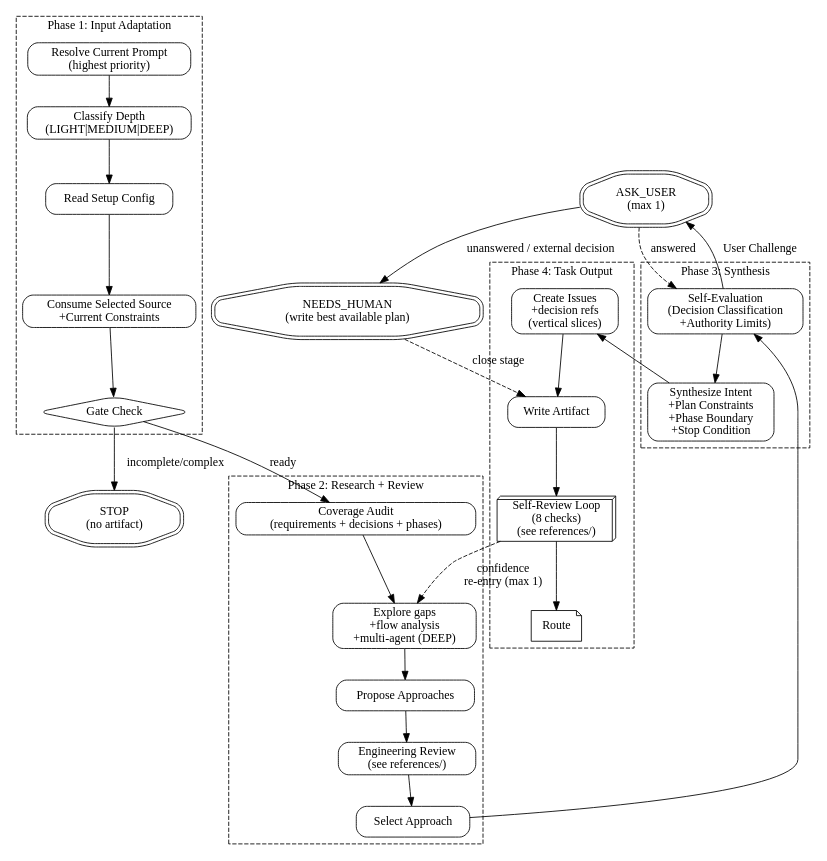
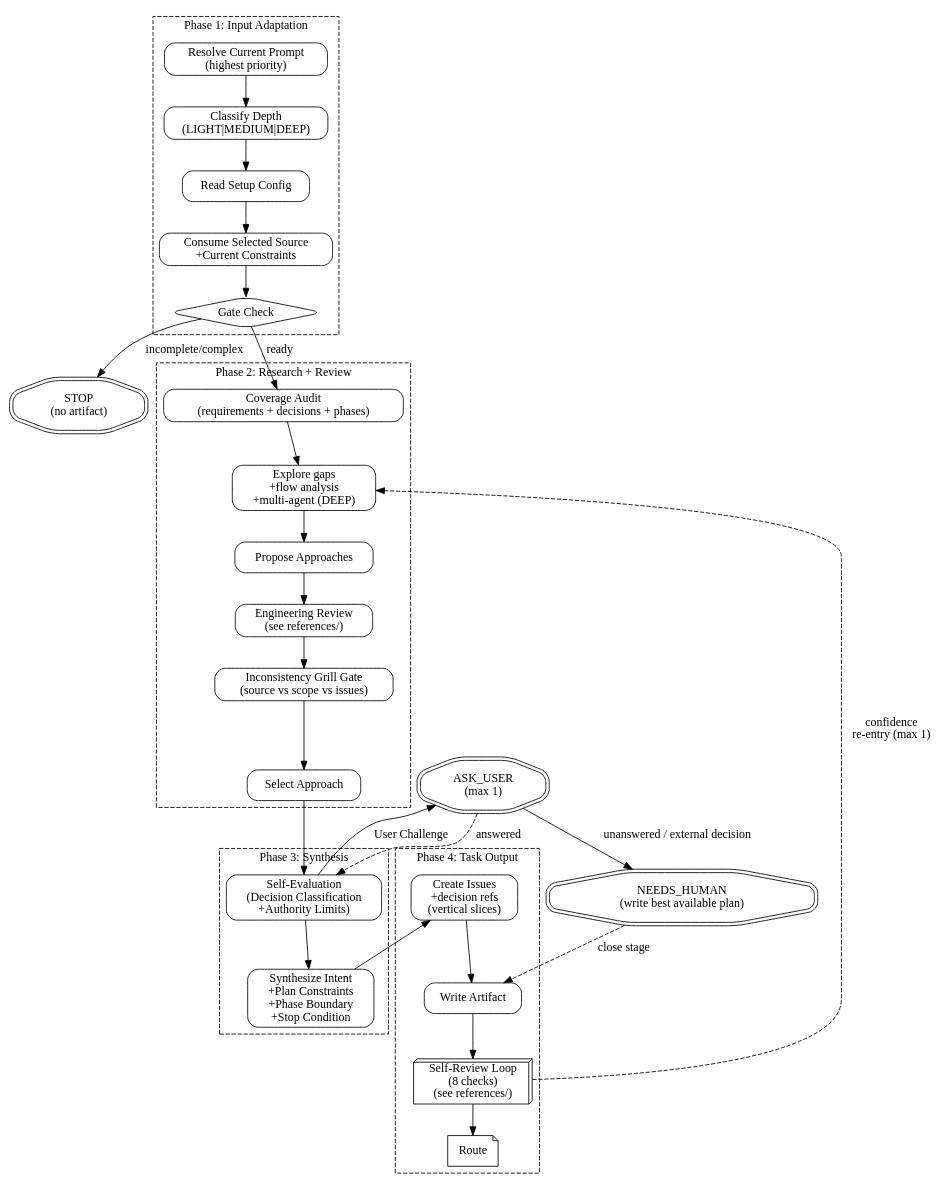
The diagram in skills/pge-plan/SKILL.md (feng-y/pge), drawn with Graphviz before and after one commit. The commit also changed other lines of this file and 7 other files, not shown here.

````diff
--- a/skills/pge-plan/SKILL.md
+++ b/skills/pge-plan/SKILL.md
@@ -50,63 +53,64 @@
 ```dot
 digraph pge_plan {
   rankdir=TB;
   node [shape=box, style=rounded];
 
   subgraph cluster_phase1 {
     label="Phase 1: Input Adaptation";
     style=dashed;
     resolve_input [label="Resolve Current Prompt\n(highest priority)"];
     classify_depth [label="Classify Depth\n(LIGHT|MEDIUM|DEEP)"];
     read_config [label="Read Setup Config"];
     consume_upstream [label="Consume Selected Source\n+Current Constraints"];
     gate_check [label="Gate Check", shape=diamond];
     resolve_input -> classify_depth -> read_config -> consume_upstream -> gate_check;
   }
 
   gate_stop [label="STOP\n(no artifact)", shape=doubleoctagon];
   gate_check -> gate_stop [label="incomplete/complex"];
 
   subgraph cluster_phase2 {
     label="Phase 2: Research + Review";
     style=dashed;
     coverage_audit [label="Coverage Audit\n(requirements + decisions + phases)"];
     explore [label="Explore gaps\n+flow analysis\n+multi-agent (DEEP)"];
     propose [label="Propose Approaches"];
     eng_review [label="Engineering Review\n(see references/)"];
+    grill_gate [label="Inconsistency Grill Gate\n(source vs scope vs issues)"];
     select_approach [label="Select Approach"];
-    coverage_audit -> explore -> propose -> eng_review -> select_approach;
+    coverage_audit -> explore -> propose -> eng_review -> grill_gate -> select_approach;
   }
 
   gate_check -> coverage_audit [label="ready"];
 
   subgraph cluster_phase3 {
     label="Phase 3: Synthesis";
     style=dashed;
     self_eval [label="Self-Evaluation\n(Decision Classification\n+Authority Limits)"];
     synthesize [label="Synthesize Intent\n+Plan Constraints\n+Phase Boundary\n+Stop Condition"];
     self_eval -> synthesize;
   }
 
   authority_ask [label="ASK_USER\n(max 1)", shape=doubleoctagon];
   needs_human [label="NEEDS_HUMAN\n(write best available plan)", shape=doubleoctagon];
   self_eval -> authority_ask [label="User Challenge"];
   authority_ask -> self_eval [label="answered", style=dashed];
   authority_ask -> needs_human [label="unanswered / external decision"];
 
   select_approach -> self_eval;
 
   subgraph cluster_phase4 {
     label="Phase 4: Task Output";
     style=dashed;
     create_issues [label="Create Issues\n+decision refs\n(vertical slices)"];
     write_artifact [label="Write Artifact"];
     self_review [label="Self-Review Loop\n(8 checks)\n(see references/)", shape=box3d];
     route [label="Route", shape=note];
     create_issues -> write_artifact -> self_review -> route;
   }
 
   synthesize -> create_issues;
   needs_human -> write_artifact [label="close stage", style=dashed];
   self_review -> explore [label="confidence\nre-entry (max 1)", style=dashed];
 }
 ```
````
